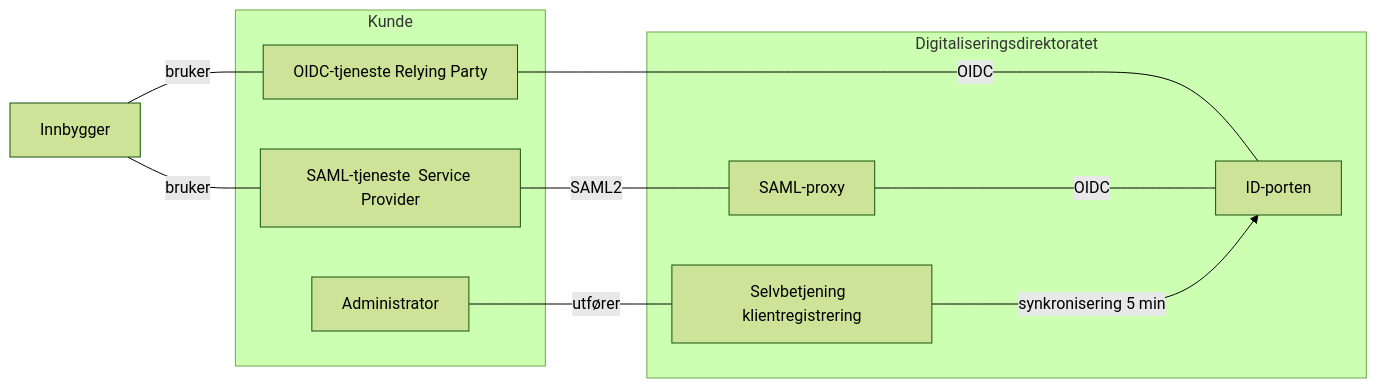
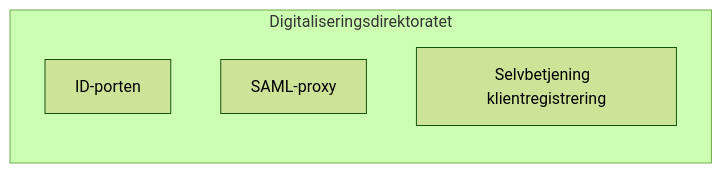
Before and after one commit to felleslosninger/docs: the diagram in _docs/idporten/idporten/idporten_overordnet.md, drawn with Mermaid (forest theme).

```diff
--- a/_docs/idporten/idporten/idporten_overordnet.md
+++ b/_docs/idporten/idporten/idporten_overordnet.md
@@ -26,21 +26,8 @@
 <div class="mermaid">
 graph LR
   subgraph Digitaliseringsdirektoratet
     IDP[ID-porten]
     SAML[SAML-proxy]
     SADM[Selvbetjening  klientregistrering]
   end
-  subgraph Kunde
-     SP[SAML-tjeneste  Service Provider]
-     RP[OIDC-tjeneste  Relying Party]
-     ADM[Administrator]
-  end
-  RP --  OIDC  ---IDP
-  SP --  SAML2 ---SAML
-  SAML -- OIDC ---IDP
-  ADM -- utfører ---SADM
-  SADM -- synkronisering 5 min --->IDP
-
-  Innbygger -- bruker ---SP
-  Innbygger -- bruker ---RP
 </div>
```
